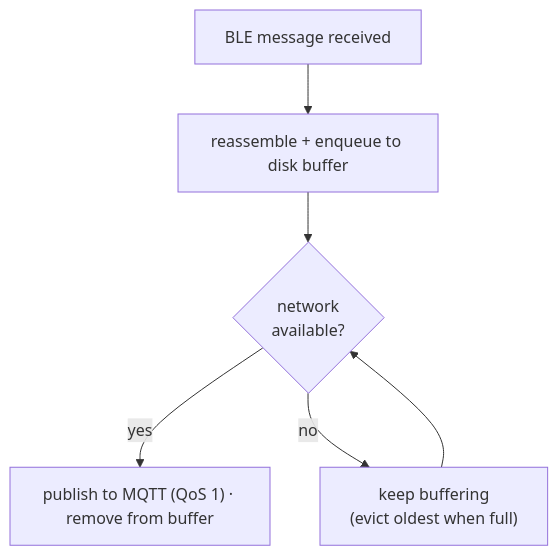
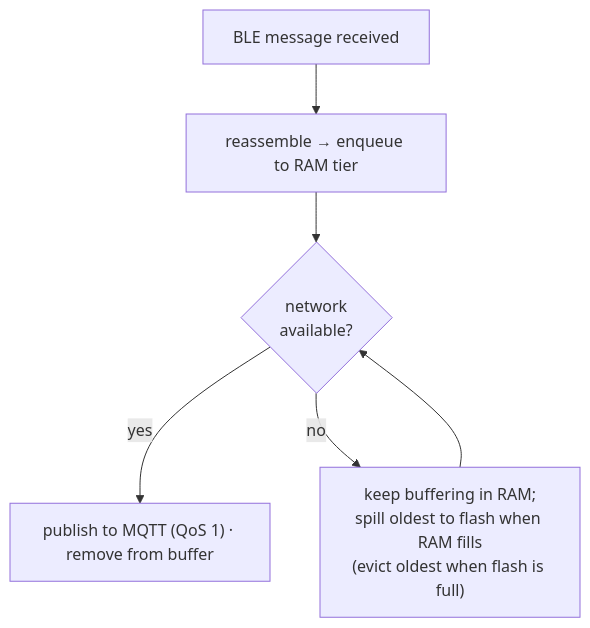
One commit to kucerah0nza/spotflow-android-gateway changed the second of 2 diagrams in README.md. Above: the diagram before and after it, drawn with Mermaid. The commit also changed other lines of this file, not shown here.

First line of the commit message:
Docs: reflect the RAM+flash tiered buffer everywhere

````diff
--- a/README.md
+++ b/README.md
@@ -116,8 +117,8 @@
 ```mermaid
 flowchart TD
-    A["BLE message received"] --> B["reassemble + enqueue to disk buffer"]
+    A["BLE message received"] --> B["reassemble → enqueue to RAM tier"]
     B --> C{"network<br/>available?"}
     C -- "yes" --> D["publish to MQTT (QoS 1) · remove from buffer"]
-    C -- "no" --> E["keep buffering<br/>(evict oldest when full)"]
+    C -- "no" --> E["keep buffering in RAM;<br/>spill oldest to flash when RAM fills<br/>(evict oldest when flash is full)"]
     E --> C
 ```
````
